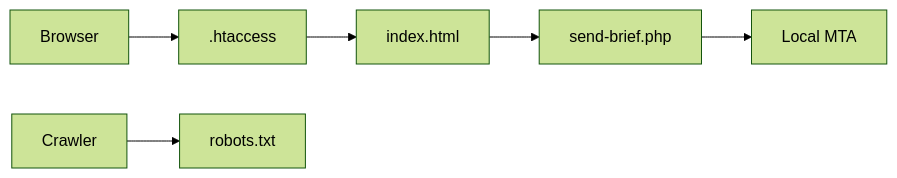
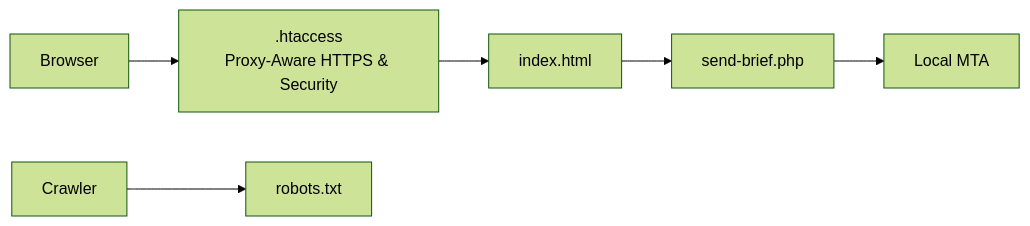
The third of 3 diagrams in .qoder/repowiki/en/content/Security Configuration.md (Vostrikov2014/emoo), drawn with Mermaid (forest theme) before and after one commit. The commit also changed other lines of this file and 14 other files, not shown here.

````diff
--- a/.qoder/repowiki/en/content/Security Configuration.md
+++ b/.qoder/repowiki/en/content/Security Configuration.md
@@ -184,8 +199,8 @@
 ```mermaid
 graph LR
-Browser["Browser"] --> HTAccess[".htaccess"]
+Browser["Browser"] --> HTAccess[".htaccess<br/>Proxy-Aware HTTPS & Security"]
 HTAccess --> Index["index.html"]
 Index --> Handler["send-brief.php"]
 Handler --> LocalMTA["Local MTA"]
 Crawler["Crawler"] --> Robots["robots.txt"]
 ```
````
